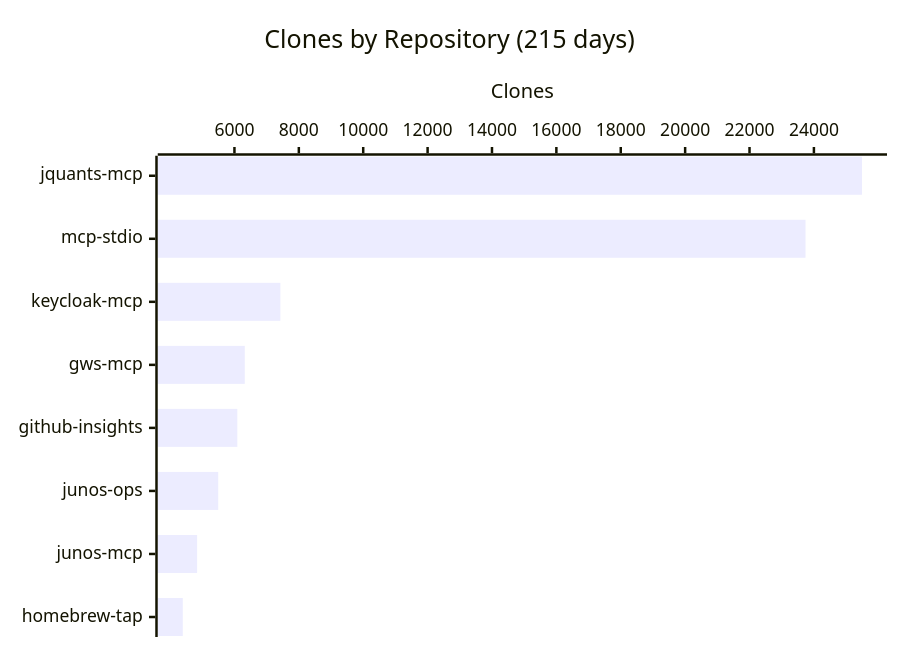
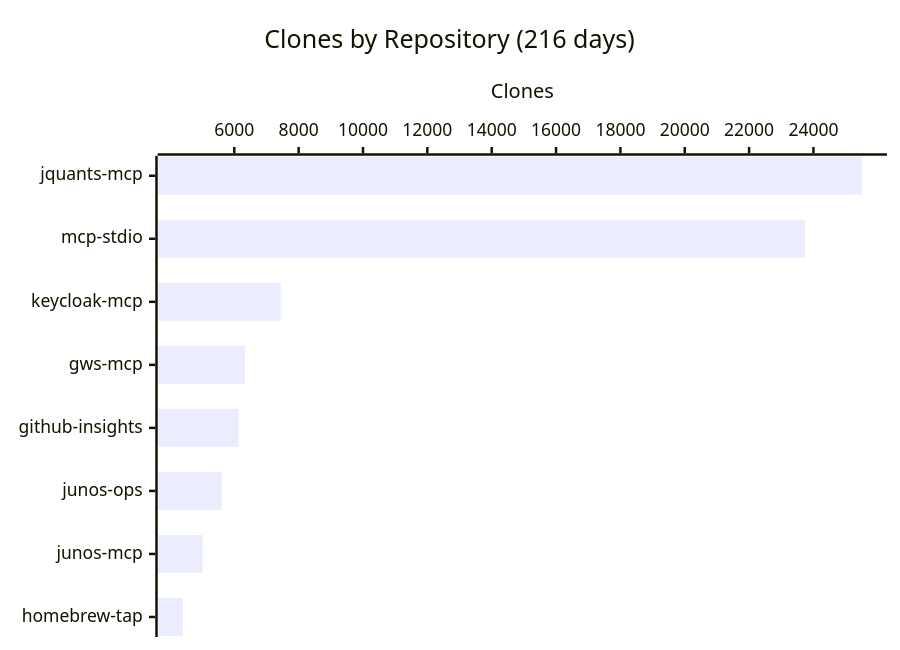
The fourth of 4 diagrams in README.md (shigechika/github-insights), drawn with Mermaid before and after one commit. The commit also changed other lines of this file and 2 other files, not shown here.

````diff
--- a/README.md
+++ b/README.md
@@ -58,7 +58,7 @@
 ```mermaid
 xychart-beta horizontal
-    title "Clones by Repository (215 days)"
+    title "Clones by Repository (216 days)"
     x-axis ["jquants-mcp", "mcp-stdio", "keycloak-mcp", "gws-mcp", "github-insights", "junos-ops", "junos-mcp", "homebrew-tap"]
     y-axis "Clones"
-    bar [25493, 23739, 7426, 6321, 6090, 5496, 4840, 4395]
+    bar [25508, 23745, 7441, 6331, 6127, 5606, 5014, 4399]
 ```
````
